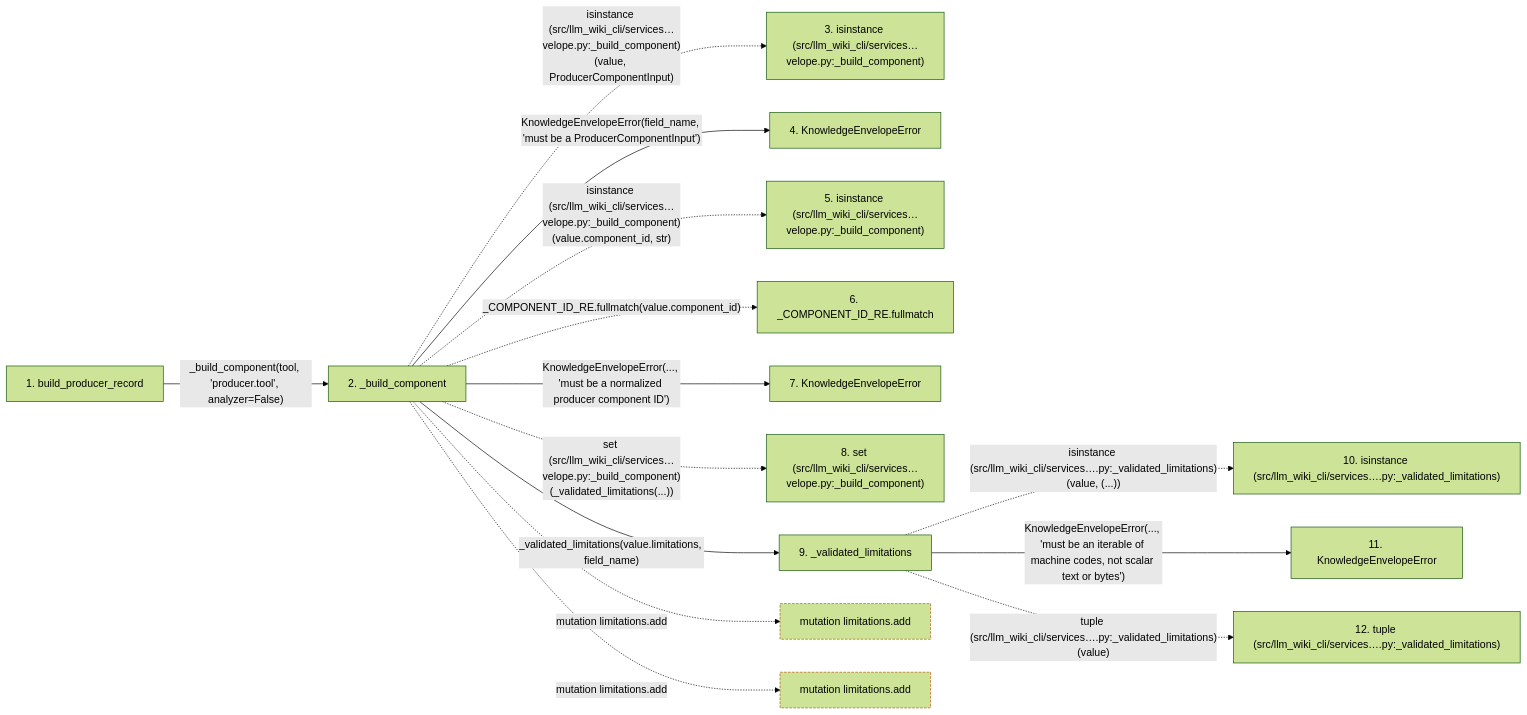
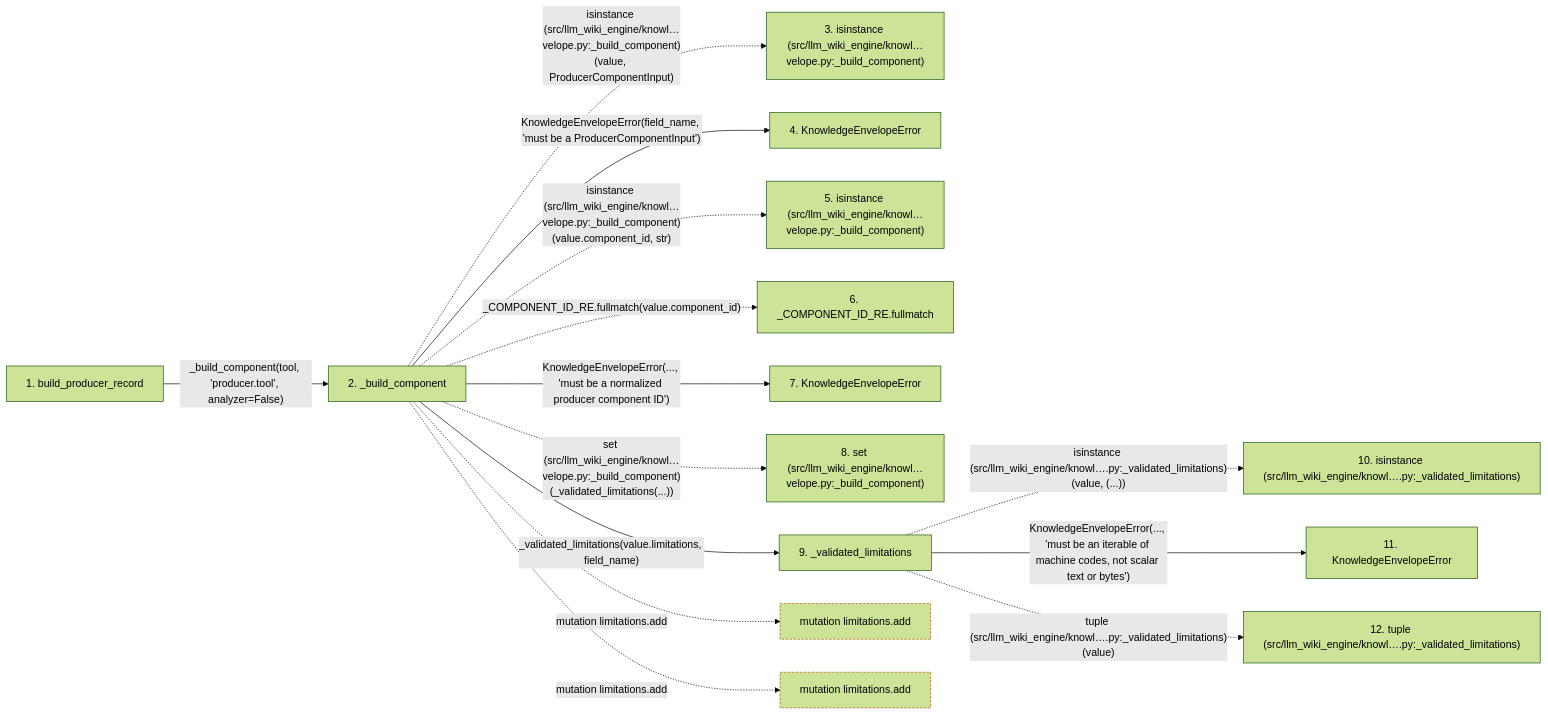
One commit to Denissvgn/python-wiki-llm changed the second of 2 diagrams in docs/llm_wiki/flows/api-build_producer_record.md. Above: the diagram before and after it, drawn with Mermaid (forest theme). The commit also changed other lines of this file and 1058 other files, not shown here.

````diff
--- a/docs/llm_wiki/flows/api-build_producer_record.md
+++ b/docs/llm_wiki/flows/api-build_producer_record.md
@@ -121,39 +121,39 @@
 ```mermaid
 flowchart LR
     s1["1. build_producer_record"]
     s2["2. _build_component"]
-    s3["3. isinstance (src/llm_wiki_cli/services…velope.py:_build_component)"]
+    s3["3. isinstance (src/llm_wiki_engine/knowl…velope.py:_build_component)"]
     s4["4. KnowledgeEnvelopeError"]
-    s5["5. isinstance (src/llm_wiki_cli/services…velope.py:_build_component)"]
+    s5["5. isinstance (src/llm_wiki_engine/knowl…velope.py:_build_component)"]
     s6["6. _COMPONENT_ID_RE.fullmatch"]
     s7["7. KnowledgeEnvelopeError"]
-    s8["8. set (src/llm_wiki_cli/services…velope.py:_build_component)"]
+    s8["8. set (src/llm_wiki_engine/knowl…velope.py:_build_component)"]
     s9["9. _validated_limitations"]
-    s10["10. isinstance (src/llm_wiki_cli/services….py:_validated_limitations)"]
+    s10["10. isinstance (src/llm_wiki_engine/knowl….py:_validated_limitations)"]
     s11["11. KnowledgeEnvelopeError"]
-    s12["12. tuple (src/llm_wiki_cli/services….py:_validated_limitations)"]
+    s12["12. tuple (src/llm_wiki_engine/knowl….py:_validated_limitations)"]
     s1 -->|"_build_component(tool, 'producer.tool', analyzer=False)"| s2
-    s2 -. "isinstance (src/llm_wiki_cli/services…velope.py:_build_component)(value, ProducerComponentInput)" .-> s3
+    s2 -. "isinstance (src/llm_wiki_engine/knowl…velope.py:_build_component)(value, ProducerComponentInput)" .-> s3
     s2 -->|"KnowledgeEnvelopeError(field_name, 'must be a ProducerComponentInput')"| s4
-    s2 -. "isinstance (src/llm_wiki_cli/services…velope.py:_build_component)(value.component_id, str)" .-> s5
+    s2 -. "isinstance (src/llm_wiki_engine/knowl…velope.py:_build_component)(value.component_id, str)" .-> s5
     s2 -. "_COMPONENT_ID_RE.fullmatch(value.component_id)" .-> s6
     s2 -->|"KnowledgeEnvelopeError(..., 'must be a normalized producer component ID')"| s7
-    s2 -. "set (src/llm_wiki_cli/services…velope.py:_build_component)(_validated_limitations(...))" .-> s8
+    s2 -. "set (src/llm_wiki_engine/knowl…velope.py:_build_component)(_validated_limitations(...))" .-> s8
     s2 -->|"_validated_limitations(value.limitations, field_name)"| s9
-    s9 -. "isinstance (src/llm_wiki_cli/services….py:_validated_limitations)(value, (...))" .-> s10
+    s9 -. "isinstance (src/llm_wiki_engine/knowl….py:_validated_limitations)(value, (...))" .-> s10
     s9 -->|"KnowledgeEnvelopeError(..., 'must be an iterable of machine codes, not scalar text or bytes')"| s11
-    s9 -. "tuple (src/llm_wiki_cli/services….py:_validated_limitations)(value)" .-> s12
+    s9 -. "tuple (src/llm_wiki_engine/knowl….py:_validated_limitations)(value)" .-> s12
     b0["mutation limitations.add"]
     s2 -. "mutation limitations.add" .-> b0
     b1["mutation limitations.add"]
     s2 -. "mutation limitations.add" .-> b1
     click s1 "../modules/knowledge_envelope.md"
     click s2 "../modules/knowledge_envelope.md"
     click s4 "../modules/knowledge_envelope.md"
     click s7 "../modules/knowledge_envelope.md"
     click s9 "../modules/knowledge_envelope.md"
     click s11 "../modules/knowledge_envelope.md"
     classDef boundary stroke:#b45309,stroke-dasharray: 4 2
     class b0 boundary
     class b1 boundary
 ```
````
